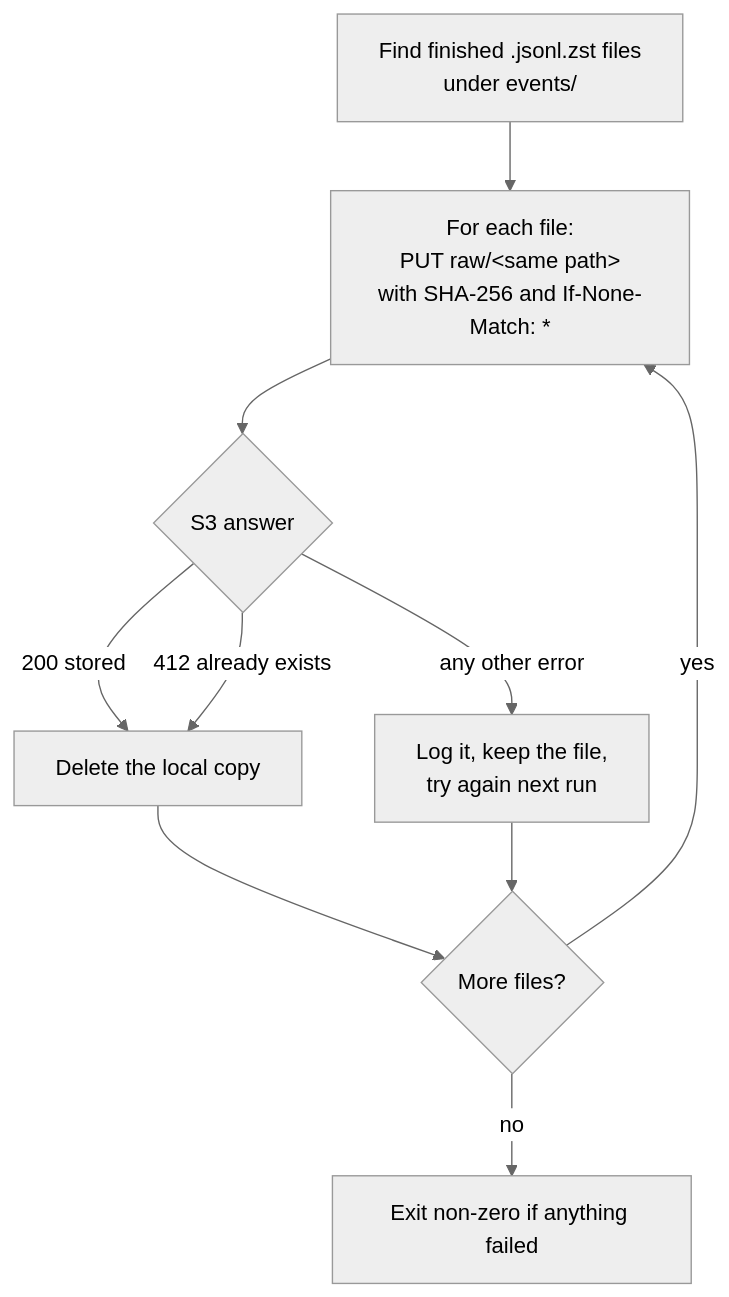
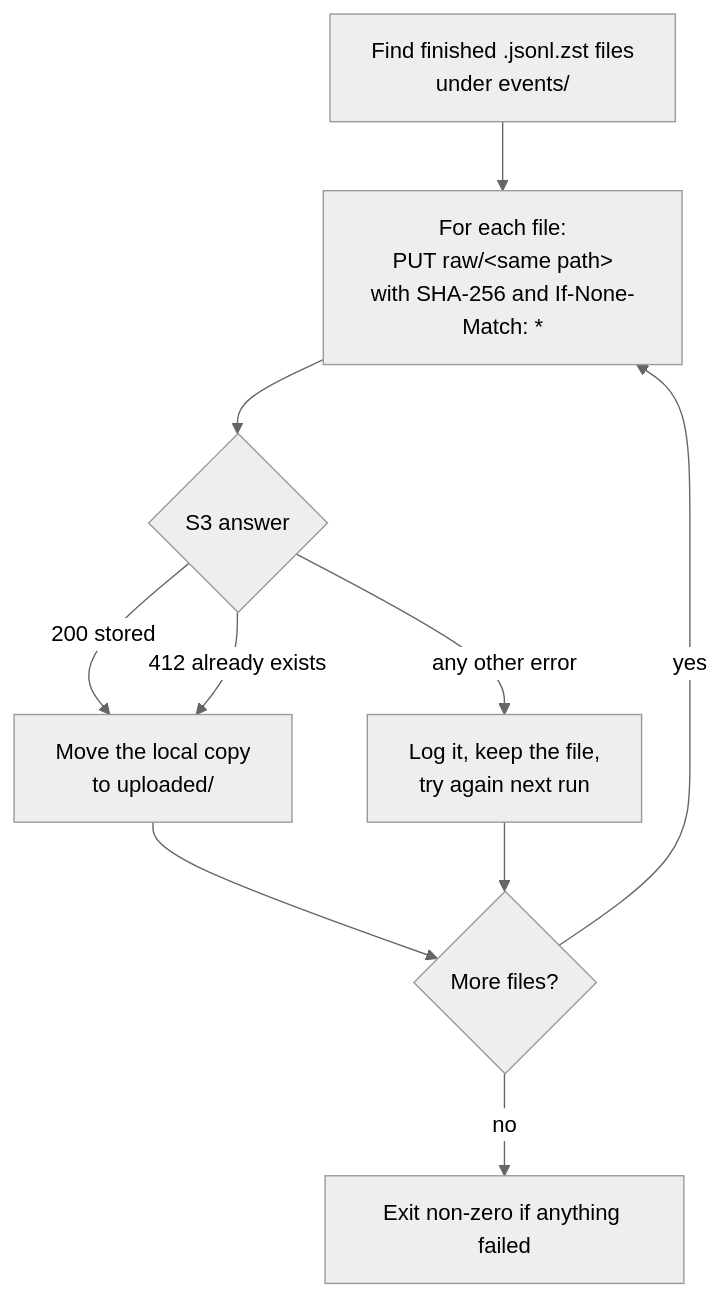
Before and after one commit to dhirajkk91/bluesky-stream-analytics: the diagram in docs/architectures/uploader.md, drawn with Mermaid (neutral theme). The commit also changed other lines of this file and 34 other files, not shown here.

````diff
--- a/docs/architectures/uploader.md
+++ b/docs/architectures/uploader.md
@@ -22,12 +22,12 @@
 ```mermaid
 flowchart TD
     A["Find finished .jsonl.zst files<br/>under events/"] --> B["For each file:<br/>PUT raw/&lt;same path&gt;<br/>with SHA-256 and If-None-Match: *"]
     B --> C{"S3 answer"}
-    C -- "200 stored" --> D["Delete the local copy"]
+    C -- "200 stored" --> D["Move the local copy<br/>to uploaded/"]
     C -- "412 already exists" --> D
     C -- "any other error" --> E["Log it, keep the file,<br/>try again next run"]
     D --> F{"More files?"}
     E --> F
     F -- yes --> B
     F -- no --> G["Exit non-zero if anything failed"]
 ```
````
